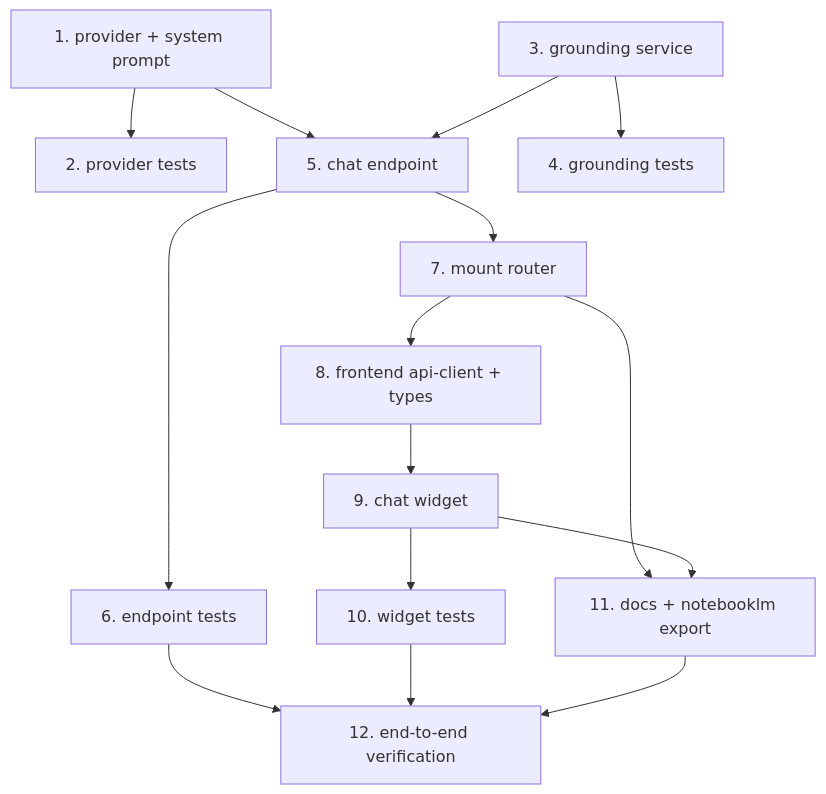
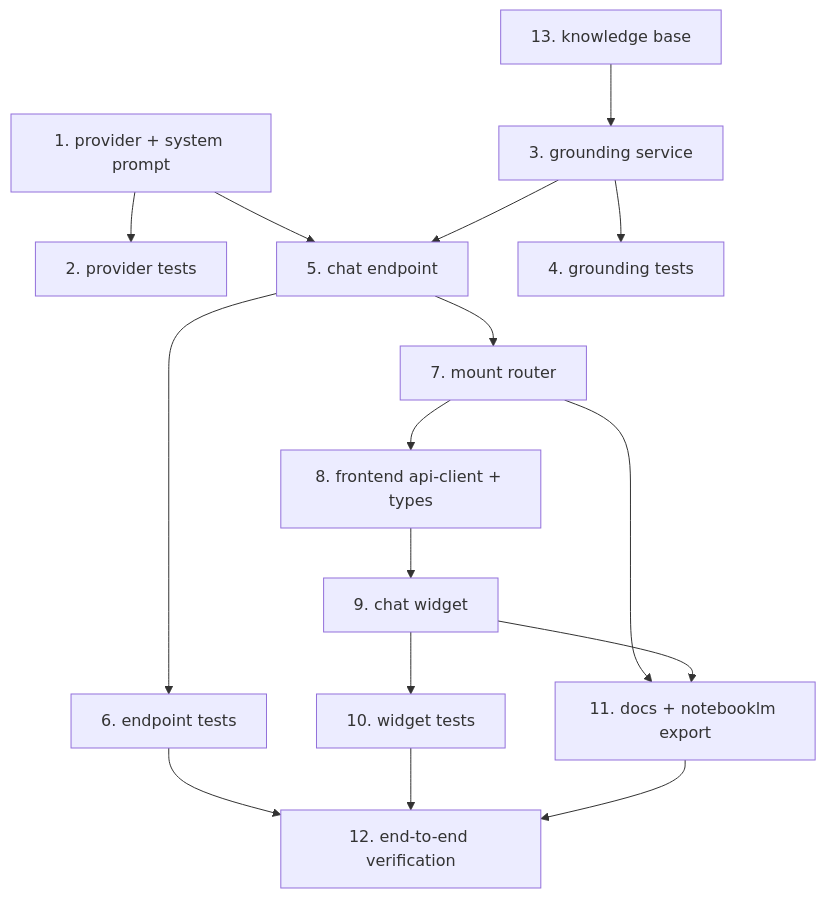
The diagram in .kiro/specs/data-chat-assistant/tasks.md (vasistasandeep/GreenlightIQ), drawn with Mermaid before and after one commit. The commit also changed other lines of this file and 2 other files, not shown here.

Commit message:
Extend data-chat-assistant spec: add how-to Knowledge_Base alongside data grounding

````diff
--- a/.kiro/specs/data-chat-assistant/tasks.md
+++ b/.kiro/specs/data-chat-assistant/tasks.md
@@ -9,17 +9,18 @@
 ```mermaid
 flowchart TD
     T1["1. provider + system prompt"] --> T2["2. provider tests"]
     T1 --> T5["5. chat endpoint"]
+    T13["13. knowledge base"] --> T3
     T3["3. grounding service"] --> T4["4. grounding tests"]
     T3 --> T5
     T5 --> T6["6. endpoint tests"]
     T5 --> T7["7. mount router"]
     T7 --> T8["8. frontend api-client + types"]
     T8 --> T9["9. chat widget"]
     T9 --> T10["10. widget tests"]
     T7 --> T11["11. docs + notebooklm export"]
     T9 --> T11
     T6 --> T12["12. end-to-end verification"]
     T10 --> T12
     T11 --> T12
 ```
````
